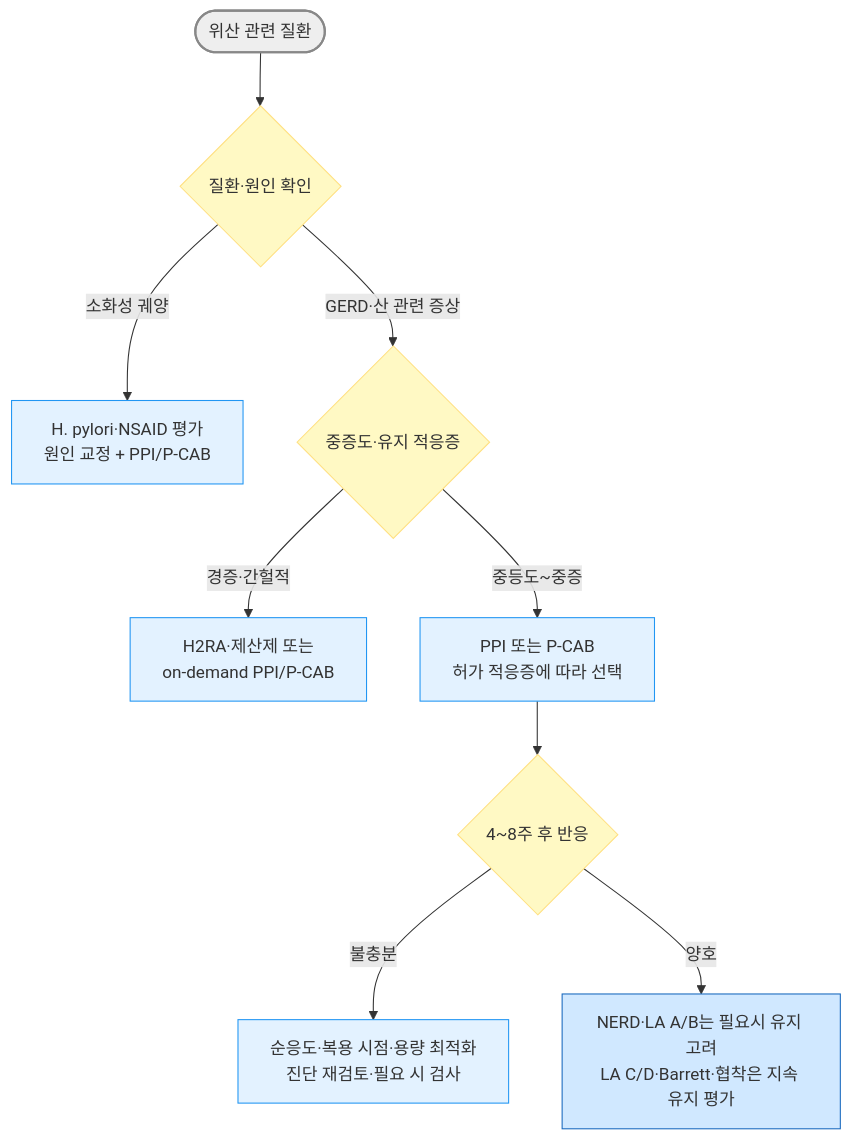
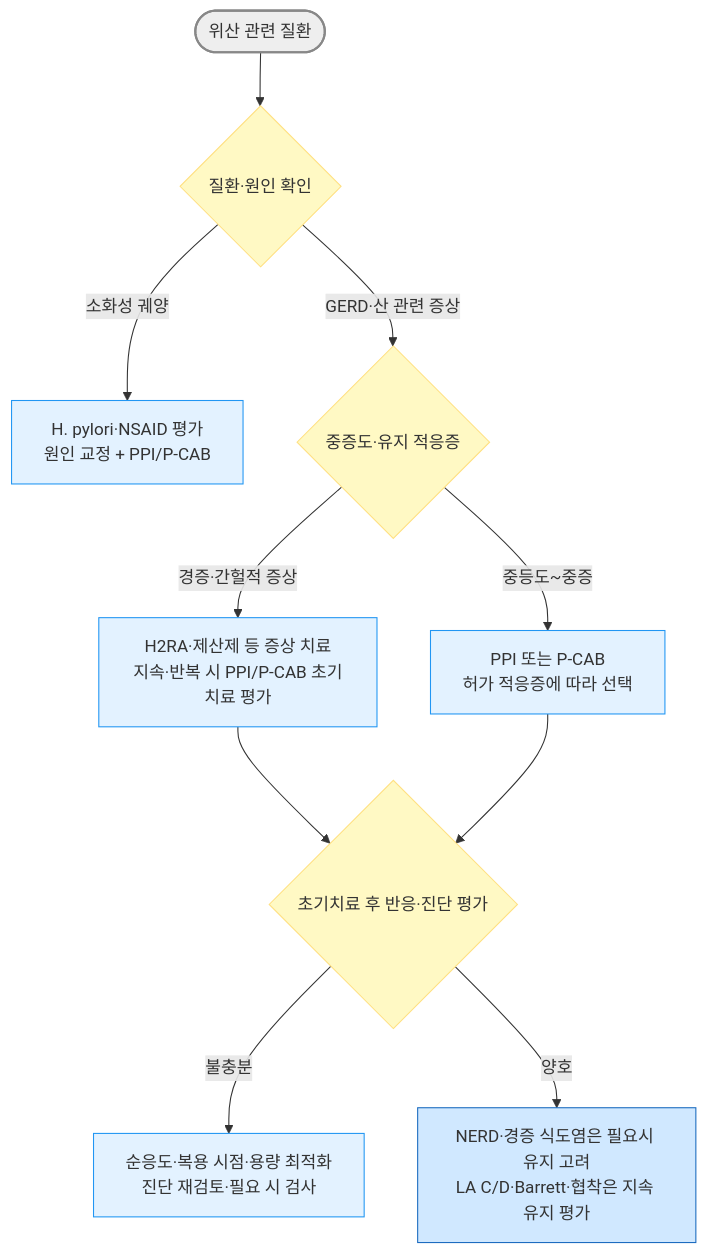
Before and after one commit to familyoh77/familyoh77: the diagram in 224_/073_-gidrugs.md, drawn with Mermaid. The commit also changed other lines of this file and 8 other files, not shown here.

````diff
--- a/224_/073_-gidrugs.md
+++ b/224_/073_-gidrugs.md
@@ -499,17 +517,18 @@
 ```mermaid
 graph TD
     A([위산 관련 질환]) --> B{질환·원인 확인}
     B -- "소화성 궤양" --> P[H. pylori·NSAID 평가<br/>원인 교정 + PPI/P-CAB]
     B -- "GERD·산 관련 증상" --> C{중증도·유지 적응증}
-    C -- "경증·간헐적" --> D[H2RA·제산제 또는<br/>on-demand PPI/P-CAB]
+    C -- "경증·간헐적 증상" --> D[H2RA·제산제 등 증상 치료<br/>지속·반복 시 PPI/P-CAB 초기치료 평가]
     C -- "중등도~중증" --> E[PPI 또는 P-CAB<br/>허가 적응증에 따라 선택]
-    E --> F{4~8주 후 반응}
+    D --> F{초기치료 후 반응·진단 평가}
+    E --> F
     F -- "불충분" --> G[순응도·복용 시점·용량 최적화<br/>진단 재검토·필요 시 검사]
-    F -- "양호" --> H[NERD·LA A/B는 필요시 유지 고려<br/>LA C/D·Barrett·협착은 지속 유지 평가]
+    F -- "양호" --> H[NERD·경증 식도염은 필요시 유지 고려<br/>LA C/D·Barrett·협착은 지속 유지 평가]
 style A fill:#eeeeee,stroke:#888888,stroke-width:2px
 classDef yellow fill:#fff9c4,stroke:#ffe082
 class B,C,F yellow
 classDef sky fill:#e3f2ff,stroke:#2196f3
 class D,E,G,P sky
 style H fill:#d0e8ff,stroke:#1a6abf
 ```
````
